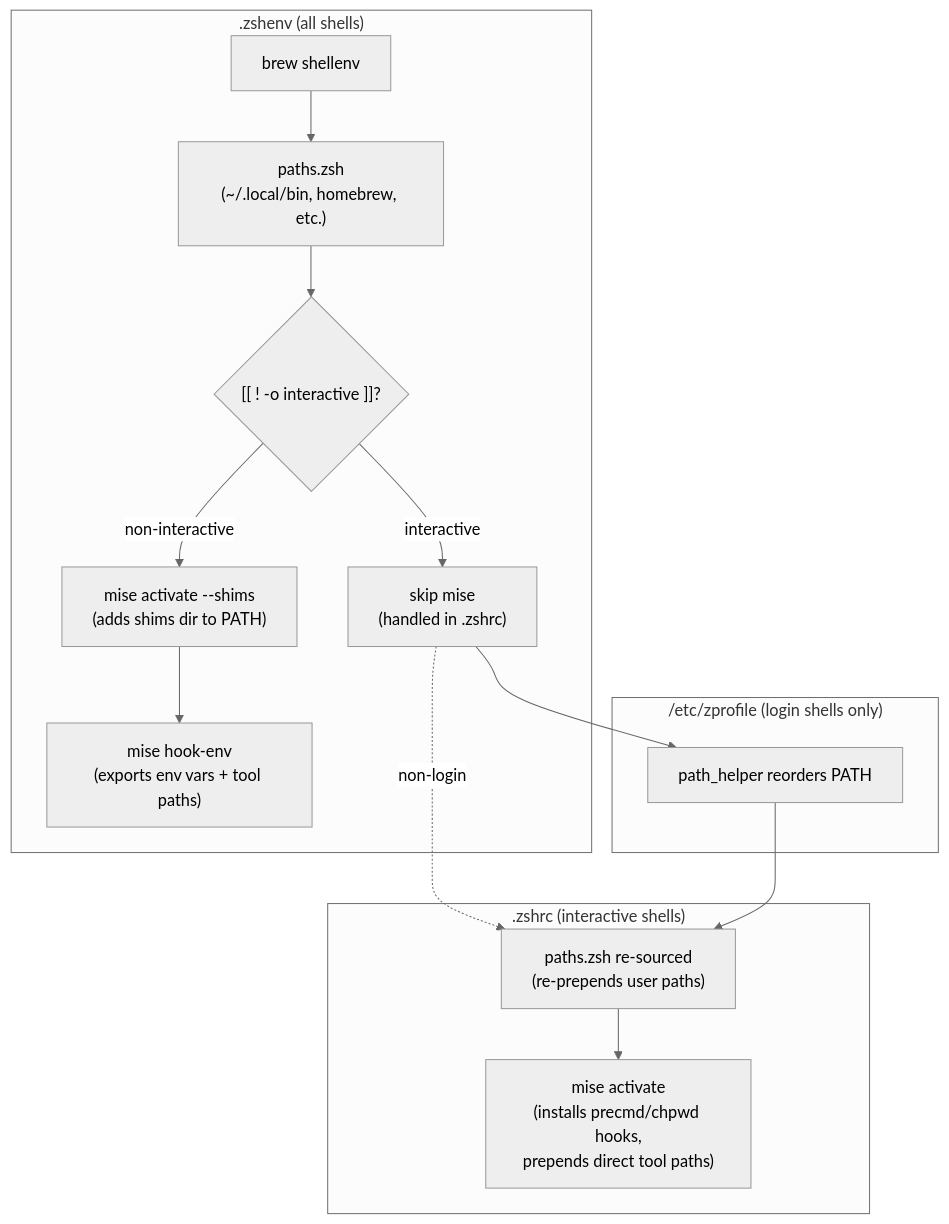
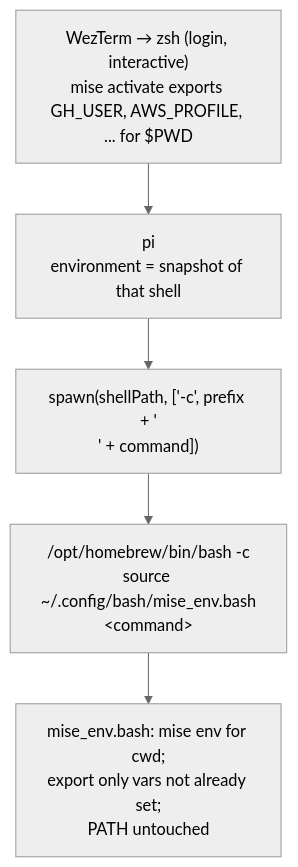
The second of 2 diagrams in README.md (gotgenes/dotfiles), drawn with Mermaid (neutral theme) before and after one commit. The commit also changed other lines of this file and 1 other file, not shown here.

Commit message:
Document zsh/bash parity and Pi's bash command shell.

````diff
--- a/README.md
+++ b/README.md
@@ -116,23 +137,7 @@
 ```mermaid
 graph TD
-    subgraph zshenv [".zshenv (all shells)"]
-        E1["brew shellenv"] --> E2["paths.zsh<br/>(~/.local/bin, homebrew, etc.)"]
-        E2 --> E3{"[[ ! -o interactive ]]?"}
-        E3 -- "non-interactive" --> E4["mise activate --shims<br/>(adds shims dir to PATH)"]
-        E4 --> E5["mise hook-env<br/>(exports env vars + tool paths)"]
-        E3 -- "interactive" --> E6["skip mise<br/>(handled in .zshrc)"]
-    end
-
-    subgraph zprofile ["/etc/zprofile (login shells only)"]
-        P1["path_helper reorders PATH"]
-    end
-
-    subgraph zshrc [".zshrc (interactive shells)"]
-        R1["paths.zsh re-sourced<br/>(re-prepends user paths)"]
-        R1 --> R2["mise activate<br/>(installs precmd/chpwd hooks,<br/>prepends direct tool paths)"]
-    end
-
-    E6 --> P1
-    P1 --> R1
-    E6 -.->|"non-login"| R1
+    A["WezTerm → zsh (login, interactive)<br/>mise activate exports GH_USER, AWS_PROFILE, ... for $PWD"] --> B["pi<br/>environment = snapshot of that shell"]
+    B --> C["spawn(shellPath, ['-c', prefix + '\n' + command])"]
+    C --> D["/opt/homebrew/bin/bash -c<br/>source ~/.config/bash/mise_env.bash<br/>&lt;command&gt;"]
+    D --> E["mise_env.bash: mise env for cwd;<br/>export only vars not already set;<br/>PATH untouched"]
 ```
````
